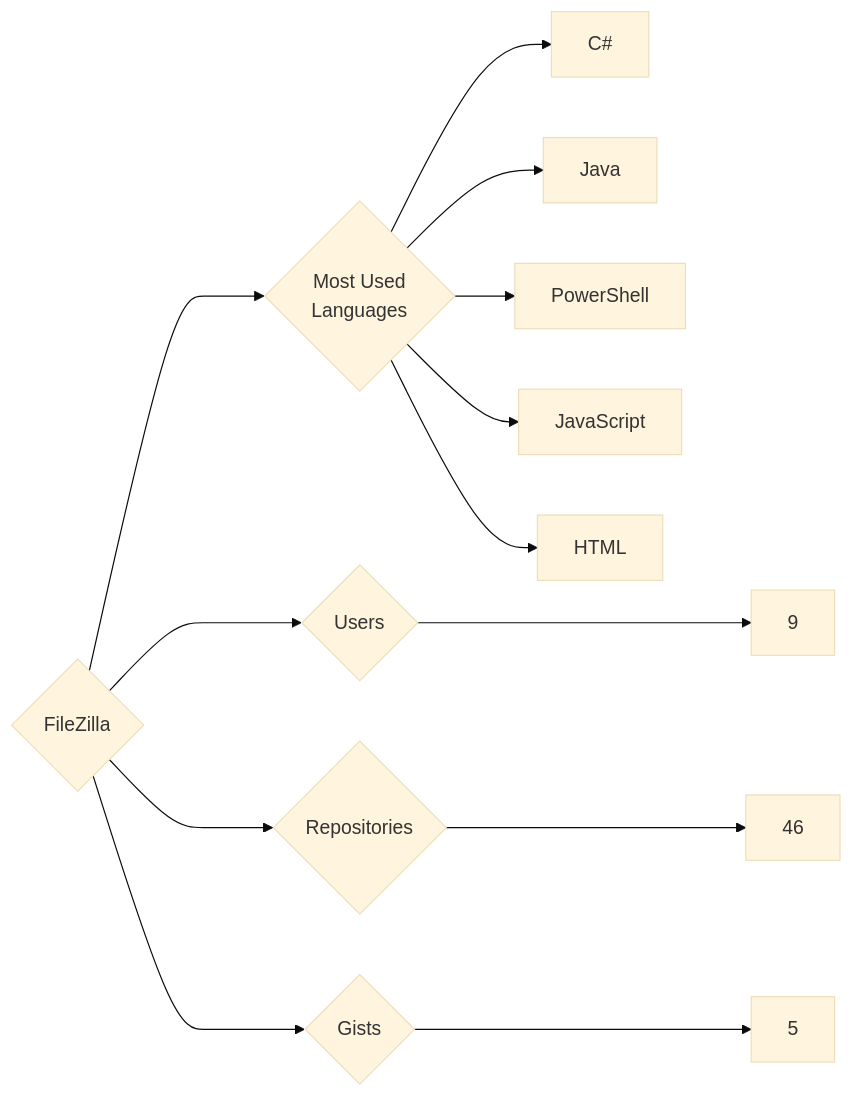
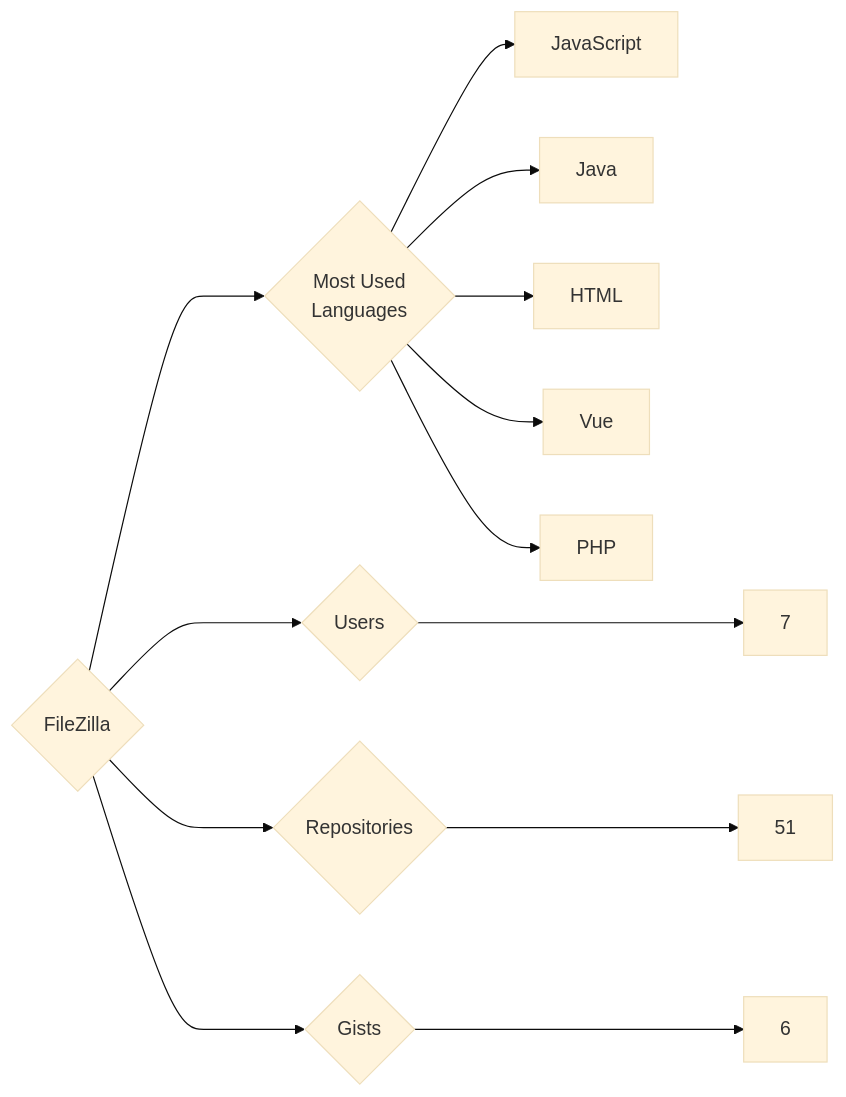
Before and after one commit to trickest/insiders: the diagram in targets/FileZilla/README.md, drawn with Mermaid (base theme). The commit also changed 933 other files, not shown here.

````diff
--- a/targets/FileZilla/README.md
+++ b/targets/FileZilla/README.md
@@ -3,13 +3,13 @@
 ```mermaid
 graph LR
 COMPANY_NAME{FileZilla}
-COMPANY_NAME ---> U{Users} ---> UN[9]
-COMPANY_NAME ---> R{Repositories} ---> RN[46]
-COMPANY_NAME ---> G{Gists} ---> GN[5]
+COMPANY_NAME ---> U{Users} ---> UN[7]
+COMPANY_NAME ---> R{Repositories} ---> RN[51]
+COMPANY_NAME ---> G{Gists} ---> GN[6]
 COMPANY_NAME ---> ML{Most Used<br>Languages}
-ML --> C#[C#]
+ML --> JavaScript[JavaScript]
 ML --> Java[Java]
-ML --> PowerShell[PowerShell]
-ML --> JavaScript[JavaScript]
 ML --> HTML[HTML]
+ML --> Vue[Vue]
+ML --> PHP[PHP]
 ```
````
